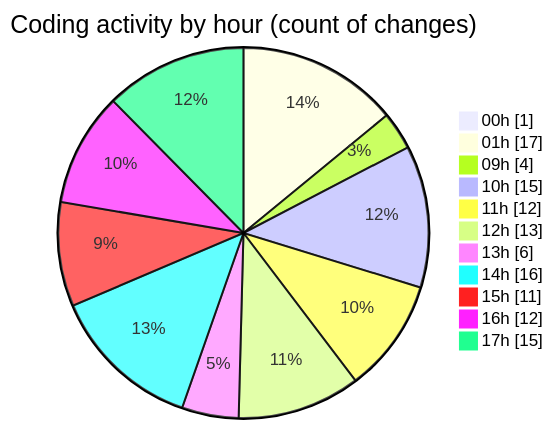
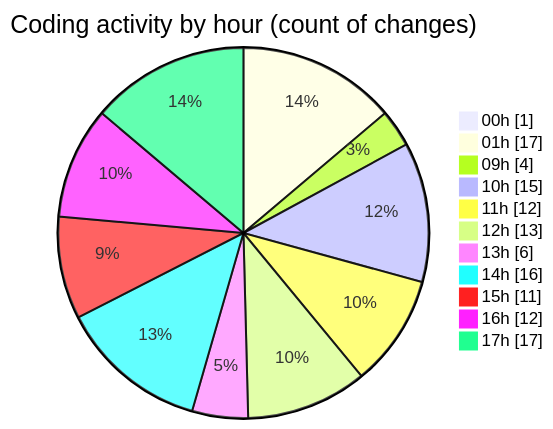
The second of 2 diagrams in 2025-11-01/cdp_aleoudev_fr__workspace_/README.md (julien-gomy/code-tracking), drawn with Mermaid before and after one commit. The commit also changed other lines of this file and 1 other file, not shown here.

````diff
--- a/2025-11-01/cdp_aleoudev_fr__workspace_/README.md
+++ b/2025-11-01/cdp_aleoudev_fr__workspace_/README.md
@@ -46,15 +46,15 @@
 ```mermaid
 pie showData
 title Coding activity by hour (count of changes)
 "00h" : 1
 "01h" : 17
 "09h" : 4
 "10h" : 15
 "11h" : 12
 "12h" : 13
 "13h" : 6
 "14h" : 16
 "15h" : 11
 "16h" : 12
-"17h" : 15
+"17h" : 17
 ```
````
